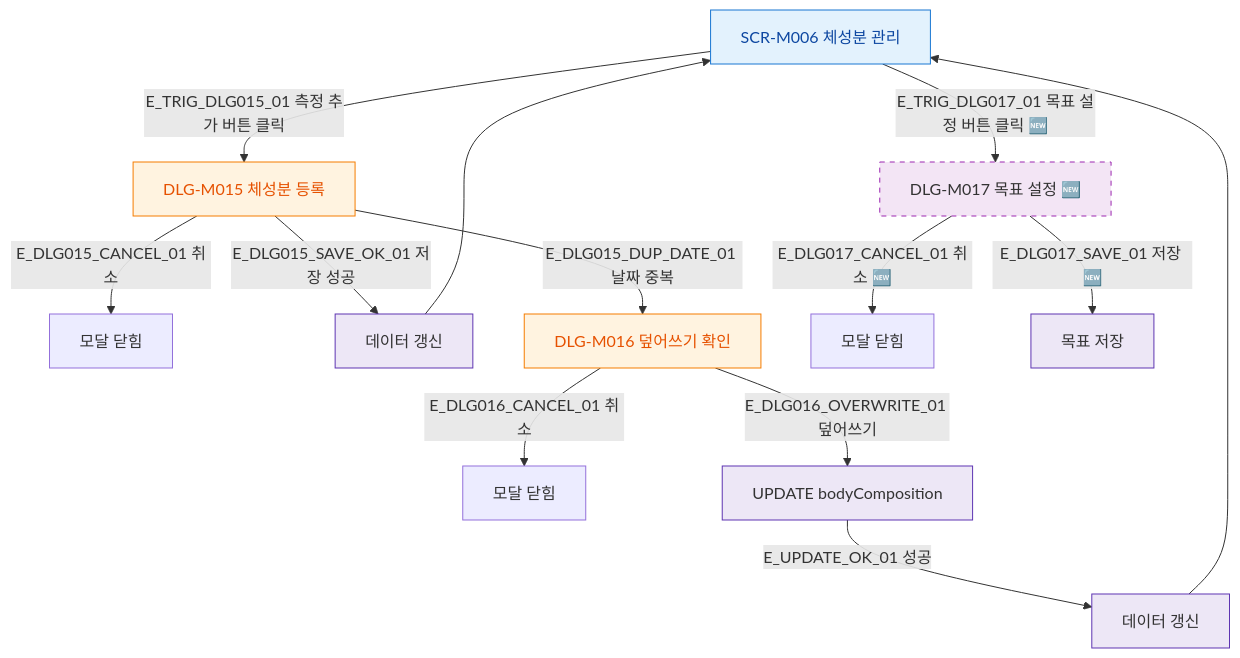
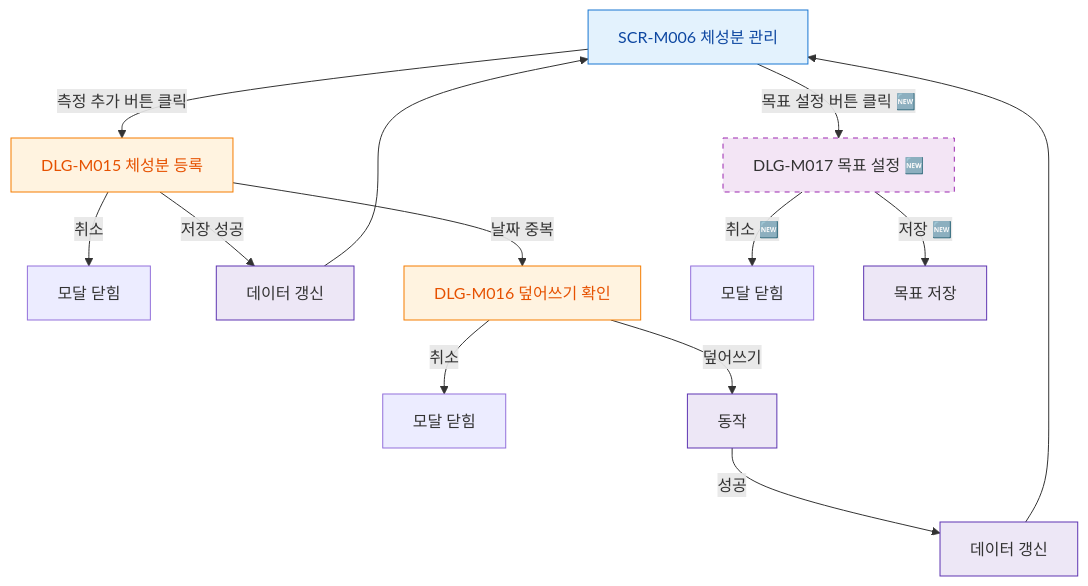
The diagram in docs/다이어그램/D02_회원관리/SCR-M006_체성분관리/F5_모달트리거.md (dev-spogym/admin-pando), drawn with Mermaid before and after one commit. The commit also changed other lines of this file and 1660 other files, not shown here.

First line of the commit message:
다이어그램: 기획자/클라이언트 납품본으로 정리

````diff
--- a/docs/다이어그램/D02_회원관리/SCR-M006_체성분관리/F5_모달트리거.md
+++ b/docs/다이어그램/D02_회원관리/SCR-M006_체성분관리/F5_모달트리거.md
@@ -22,31 +20,31 @@
 ```mermaid
 flowchart TD
   SCR_M006[SCR-M006 체성분 관리]
 
-  SCR_M006 -->|E_TRIG_DLG015_01 측정 추가 버튼 클릭| DLG_M015[DLG-M015 체성분 등록]
-  SCR_M006 -->|E_TRIG_DLG017_01 목표 설정 버튼 클릭 🆕| DLG_M017[DLG-M017 목표 설정 🆕]
+  SCR_M006 -->|측정 추가 버튼 클릭|DLG_M015[DLG-M015 체성분 등록]
+  SCR_M006 -->|목표 설정 버튼 클릭 🆕|DLG_M017[DLG-M017 목표 설정 🆕]
 
-  DLG_M015 -->|E_DLG015_CANCEL_01 취소| CLOSE_015[모달 닫힘]
-  DLG_M015 -->|E_DLG015_SAVE_OK_01 저장 성공| REFRESH_015[데이터 갱신]
-  DLG_M015 -->|E_DLG015_DUP_DATE_01 날짜 중복| DLG_M016[DLG-M016 덮어쓰기 확인]
+  DLG_M015 -->|취소|CLOSE_015[모달 닫힘]
+  DLG_M015 -->|저장 성공|REFRESH_015[데이터 갱신]
+  DLG_M015 -->|날짜 중복|DLG_M016[DLG-M016 덮어쓰기 확인]
 
-  DLG_M016 -->|E_DLG016_CANCEL_01 취소| CLOSE_016[모달 닫힘]
-  DLG_M016 -->|E_DLG016_OVERWRITE_01 덮어쓰기| API_UPDATE[UPDATE bodyComposition]
-  API_UPDATE -->|E_UPDATE_OK_01 성공| REFRESH_016[데이터 갱신]
+  DLG_M016 -->|취소|CLOSE_016[모달 닫힘]
+  DLG_M016 -->|덮어쓰기|API_UPDATE[동작]
+  API_UPDATE -->|성공|REFRESH_016[데이터 갱신]
 
-  DLG_M017 -->|E_DLG017_CANCEL_01 취소 🆕| CLOSE_017[모달 닫힘]
-  DLG_M017 -->|E_DLG017_SAVE_01 저장 🆕| SAVE_GOAL[목표 저장]
+  DLG_M017 -->|취소 🆕|CLOSE_017[모달 닫힘]
+  DLG_M017 -->|저장 🆕|SAVE_GOAL[목표 저장]
 
   REFRESH_015 --> SCR_M006
   REFRESH_016 --> SCR_M006
 
-  classDef screen     fill:#E3F2FD,stroke:#1976D2,color:#0D47A1
-  classDef modal      fill:#FFF3E0,stroke:#F57C00,color:#E65100
+  classDef screen fill:#E3F2FD,stroke:#1976D2,color:#0D47A1
+  classDef modal fill:#FFF3E0,stroke:#F57C00,color:#E65100
   classDef newFeature fill:#F3E5F5,stroke:#9C27B0,stroke-dasharray:5 5
-  classDef system     fill:#EDE7F6,stroke:#5E35B2
+  classDef system fill:#EDE7F6,stroke:#5E35B2
 
   class SCR_M006 screen
   class DLG_M015,DLG_M016 modal
   class DLG_M017 newFeature
   class API_UPDATE,REFRESH_015,REFRESH_016,SAVE_GOAL system
 ```
````
